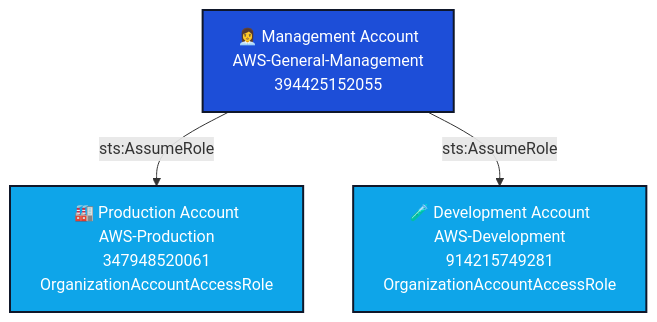
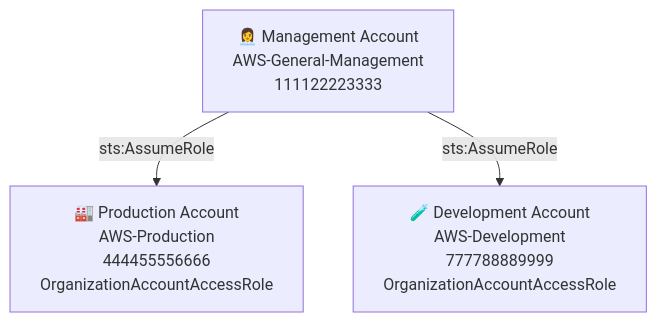
The diagram in AWS Organizations - Multi-Account Lab/README.md (Nisha318/AWS-Repo), drawn with Mermaid before and after one commit. The commit also changed other lines of this file, not shown here.

````diff
--- a/AWS Organizations - Multi-Account Lab/README.md
+++ b/AWS Organizations - Multi-Account Lab/README.md
@@ -17,12 +17,12 @@
 ```mermaid
 graph TD
-    A[👩‍💼 Management Account<br/>AWS-General-Management<br/>394425152055]:::mgmt
-    B[🏭 Production Account<br/>AWS-Production<br/>347948520061<br/>OrganizationAccountAccessRole]:::member
-    C[🧪 Development Account<br/>AWS-Development<br/>914215749281<br/>OrganizationAccountAccessRole]:::member
+    A[👩‍💼 Management Account<br/>AWS-General-Management<br/>111122223333]
+    B[🏭 Production Account<br/>AWS-Production<br/>444455556666<br/>OrganizationAccountAccessRole]
+    C[🧪 Development Account<br/>AWS-Development<br/>777788889999<br/>OrganizationAccountAccessRole]
 
     A -- sts:AssumeRole --> B
     A -- sts:AssumeRole --> C
 
     classDef mgmt fill:#1d4ed8,color:#fff,stroke:#0f172a,stroke-width:2px;
     classDef member fill:#0ea5e9,color:#fff,stroke:#0f172a,stroke-width:2px;
 ```
````
